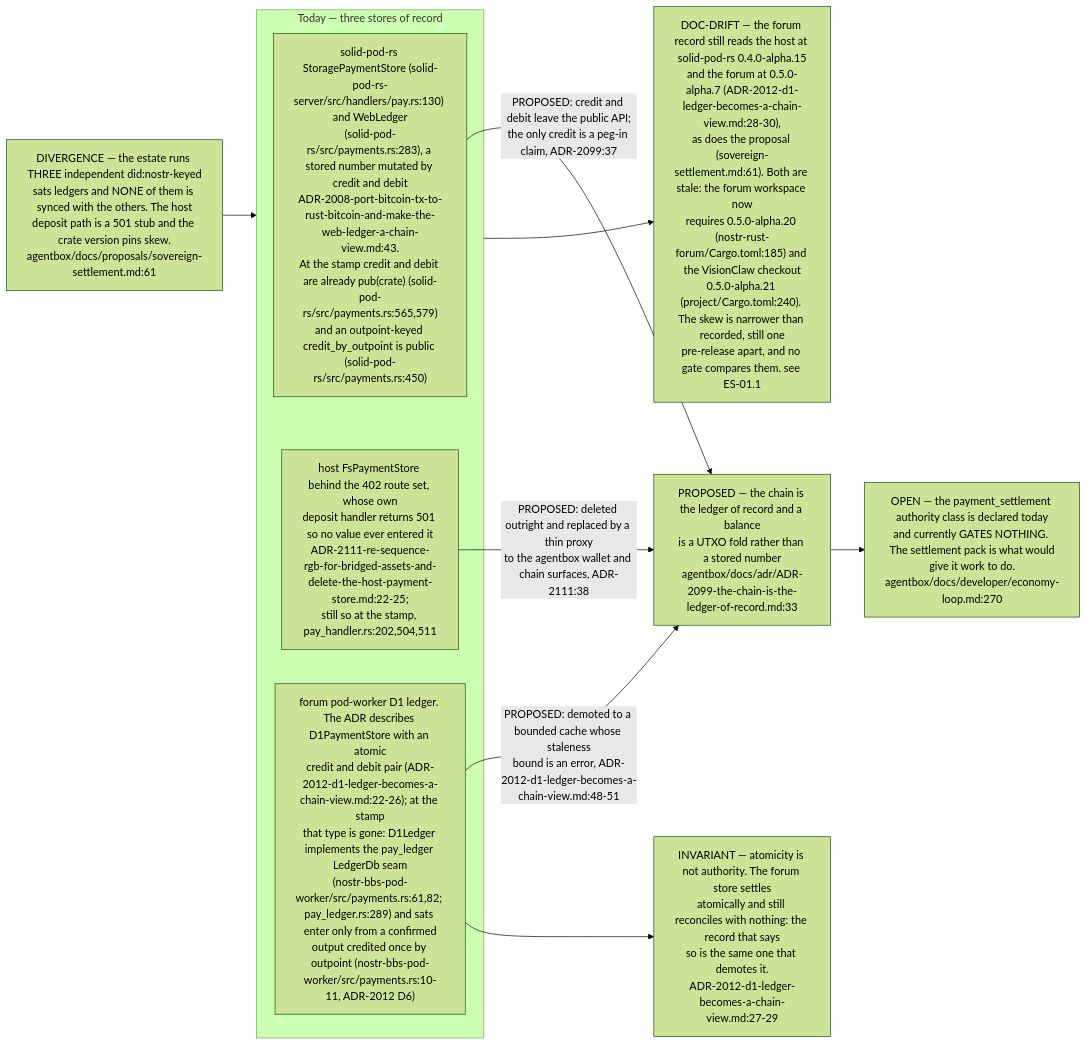
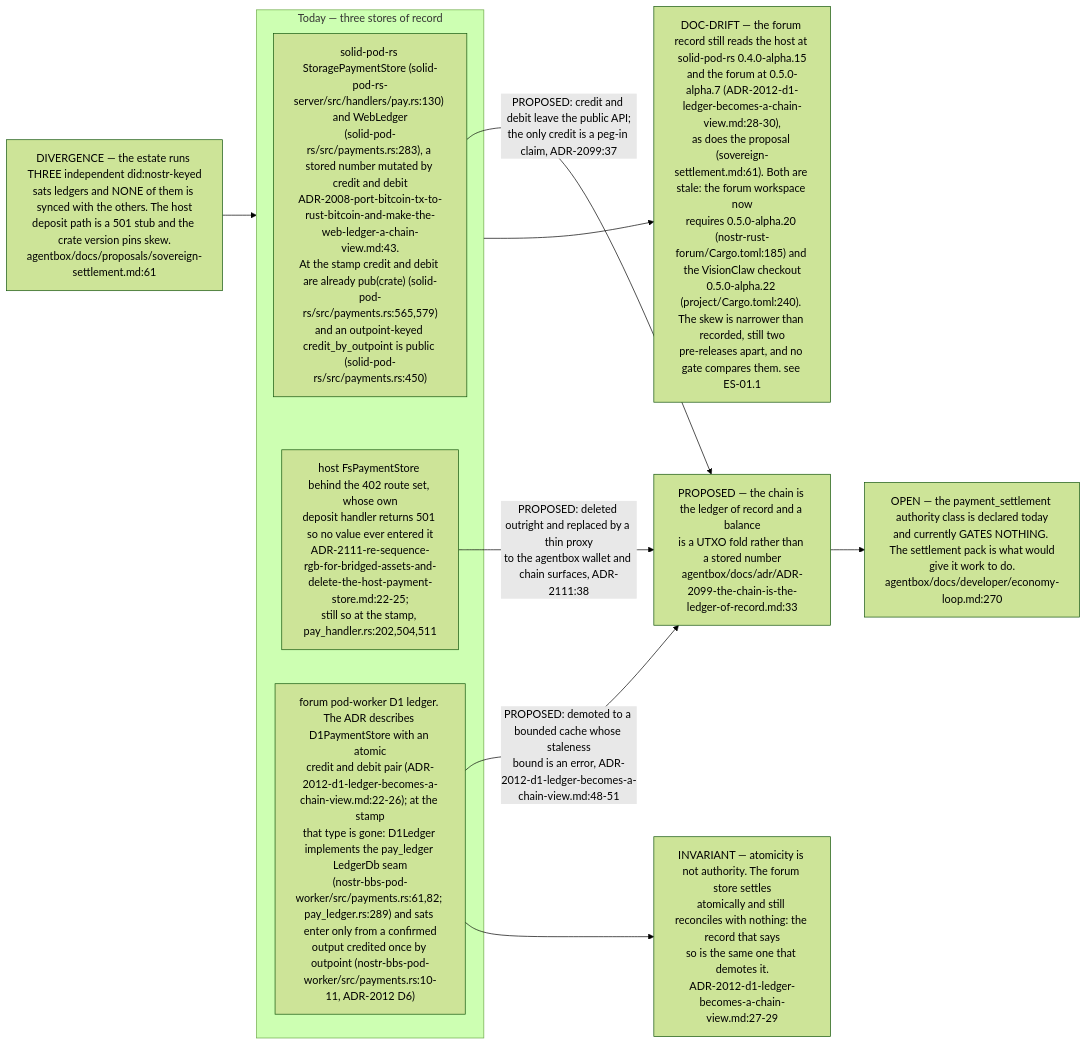
Diagram 12 of 12 in docs/diagrams/estate/03-cross-repo-federation-contract.md (DreamLab-AI/VisionFlow), drawn with Mermaid (forest theme) before and after one commit. The commit also changed other lines of this file and 70 other files, not shown here.

First line of the commit message:
docs(diagrams): re-verify 69 topics at current default-branch heads

````diff
--- a/docs/diagrams/estate/03-cross-repo-federation-contract.md
+++ b/docs/diagrams/estate/03-cross-repo-federation-contract.md
@@ -512,25 +512,25 @@
 ```mermaid
 flowchart LR
     FACT["DIVERGENCE — the estate runs THREE independent did:nostr-keyed<br/>sats ledgers and NONE of them is synced with the others. The host<br/>deposit path is a 501 stub and the crate version pins skew.<br/>agentbox/docs/proposals/sovereign-settlement.md:61"]
 
     subgraph TODAY["Today — three stores of record"]
         L1["solid-pod-rs StoragePaymentStore (solid-pod-rs-server/src/handlers/pay.rs:130) and WebLedger<br/>(solid-pod-rs/src/payments.rs:283), a stored number mutated by credit and debit<br/>ADR-2008-port-bitcoin-tx-to-rust-bitcoin-and-make-the-web-ledger-a-chain-view.md:43.<br/>At the stamp credit and debit are already pub(crate) (solid-pod-rs/src/payments.rs:565,579)<br/>and an outpoint-keyed credit_by_outpoint is public (solid-pod-rs/src/payments.rs:450)"]
         L2["host FsPaymentStore behind the 402 route set, whose own<br/>deposit handler returns 501 so no value ever entered it<br/>ADR-2111-re-sequence-rgb-for-bridged-assets-and-delete-the-host-payment-store.md:22-25;<br/>still so at the stamp, pay_handler.rs:202,504,511"]
         L3["forum pod-worker D1 ledger. The ADR describes D1PaymentStore with an atomic<br/>credit and debit pair (ADR-2012-d1-ledger-becomes-a-chain-view.md:22-26); at the stamp<br/>that type is gone: D1Ledger implements the pay_ledger LedgerDb seam<br/>(nostr-bbs-pod-worker/src/payments.rs:61,82; pay_ledger.rs:289) and sats enter only from a confirmed<br/>output credited once by outpoint (nostr-bbs-pod-worker/src/payments.rs:10-11, ADR-2012 D6)"]
     end
     FACT --> TODAY
 
     CHAIN["PROPOSED — the chain is the ledger of record and a balance<br/>is a UTXO fold rather than a stored number<br/>agentbox/docs/adr/ADR-2099-the-chain-is-the-ledger-of-record.md:33"]
     L1 -->|"PROPOSED: credit and debit leave the public API;<br/>the only credit is a peg-in claim, ADR-2099:37"| CHAIN
     L2 -->|"PROPOSED: deleted outright and replaced by a thin proxy<br/>to the agentbox wallet and chain surfaces, ADR-2111:38"| CHAIN
     L3 -->|"PROPOSED: demoted to a bounded cache whose staleness<br/>bound is an error, ADR-2012-d1-ledger-becomes-a-chain-view.md:48-51"| CHAIN
 
     INV2["INVARIANT — atomicity is not authority. The forum store settles<br/>atomically and still reconciles with nothing: the record that says<br/>so is the same one that demotes it.<br/>ADR-2012-d1-ledger-becomes-a-chain-view.md:27-29"]
     L3 --> INV2
 
     GATE["OPEN — the payment_settlement authority class is declared today<br/>and currently GATES NOTHING. The settlement pack is what would<br/>give it work to do.<br/>agentbox/docs/developer/economy-loop.md:270"]
     CHAIN --> GATE
 
-    SKEW["DOC-DRIFT — the forum record still reads the host at solid-pod-rs 0.4.0-alpha.15<br/>and the forum at 0.5.0-alpha.7 (ADR-2012-d1-ledger-becomes-a-chain-view.md:28-30),<br/>as does the proposal (sovereign-settlement.md:61). Both are stale: the forum workspace now<br/>requires 0.5.0-alpha.20 (nostr-rust-forum/Cargo.toml:185) and the VisionClaw checkout<br/>0.5.0-alpha.21 (project/Cargo.toml:240). The skew is narrower than recorded, still one<br/>pre-release apart, and no gate compares them. see ES-01.1"]
+    SKEW["DOC-DRIFT — the forum record still reads the host at solid-pod-rs 0.4.0-alpha.15<br/>and the forum at 0.5.0-alpha.7 (ADR-2012-d1-ledger-becomes-a-chain-view.md:28-30),<br/>as does the proposal (sovereign-settlement.md:61). Both are stale: the forum workspace now<br/>requires 0.5.0-alpha.20 (nostr-rust-forum/Cargo.toml:185) and the VisionClaw checkout<br/>0.5.0-alpha.22 (project/Cargo.toml:240). The skew is narrower than recorded, still two<br/>pre-releases apart, and no gate compares them. see ES-01.1"]
     TODAY --> SKEW
 ```
````
